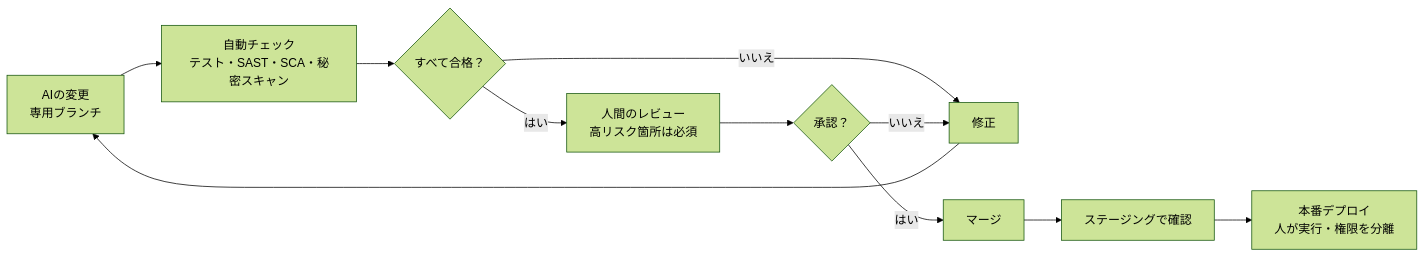
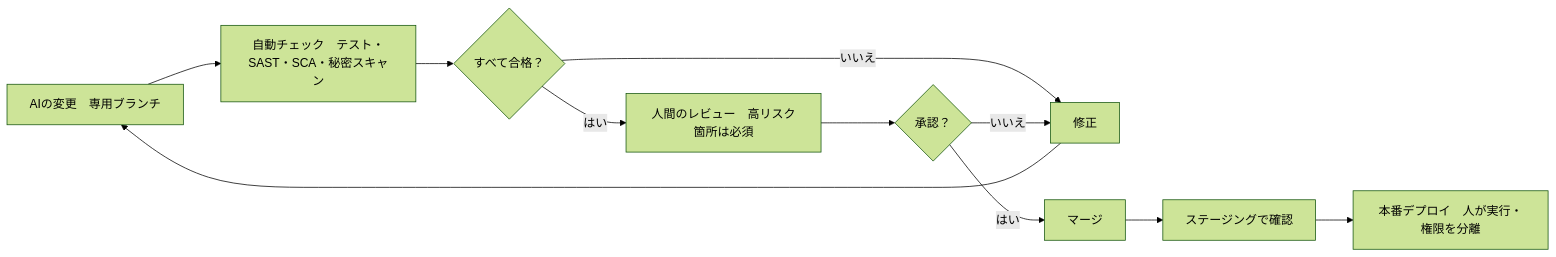
One commit to myoshi2891/Security_Studies changed the seventh of 9 diagrams in Ai-coding-safety-guide.md. Above: the diagram before and after it, drawn with Mermaid (forest theme). The commit also changed other lines of this file, not shown here.

Commit message:
docs(ai-coding): replace br tags with fullwidth spaces in mermaid diagrams

````diff
--- a/Ai-coding-safety-guide.md
+++ b/Ai-coding-safety-guide.md
@@ -697,13 +697,13 @@
 ```mermaid
 flowchart LR
-    A["AIの変更<br/>専用ブランチ"] --> B["自動チェック<br/>テスト・SAST・SCA・秘密スキャン"]
+    A["AIの変更　専用ブランチ"] --> B["自動チェック　テスト・SAST・SCA・秘密スキャン"]
     B --> C{"すべて合格？"}
     C -->|"いいえ"| FIX["修正"]
     FIX --> A
-    C -->|"はい"| D["人間のレビュー<br/>高リスク箇所は必須"]
+    C -->|"はい"| D["人間のレビュー　高リスク箇所は必須"]
     D --> E{"承認？"}
     E -->|"いいえ"| FIX
     E -->|"はい"| F["マージ"]
     F --> G["ステージングで確認"]
-    G --> H["本番デプロイ<br/>人が実行・権限を分離"]
+    G --> H["本番デプロイ　人が実行・権限を分離"]
 ```
````
